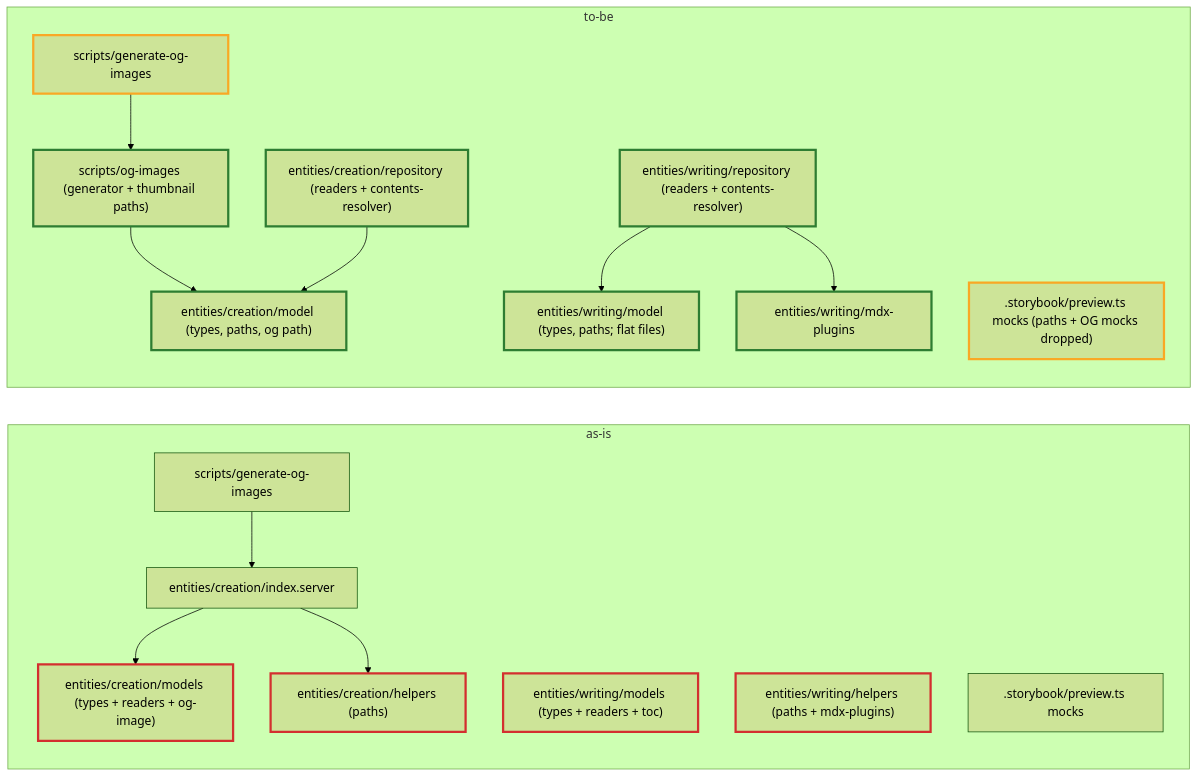
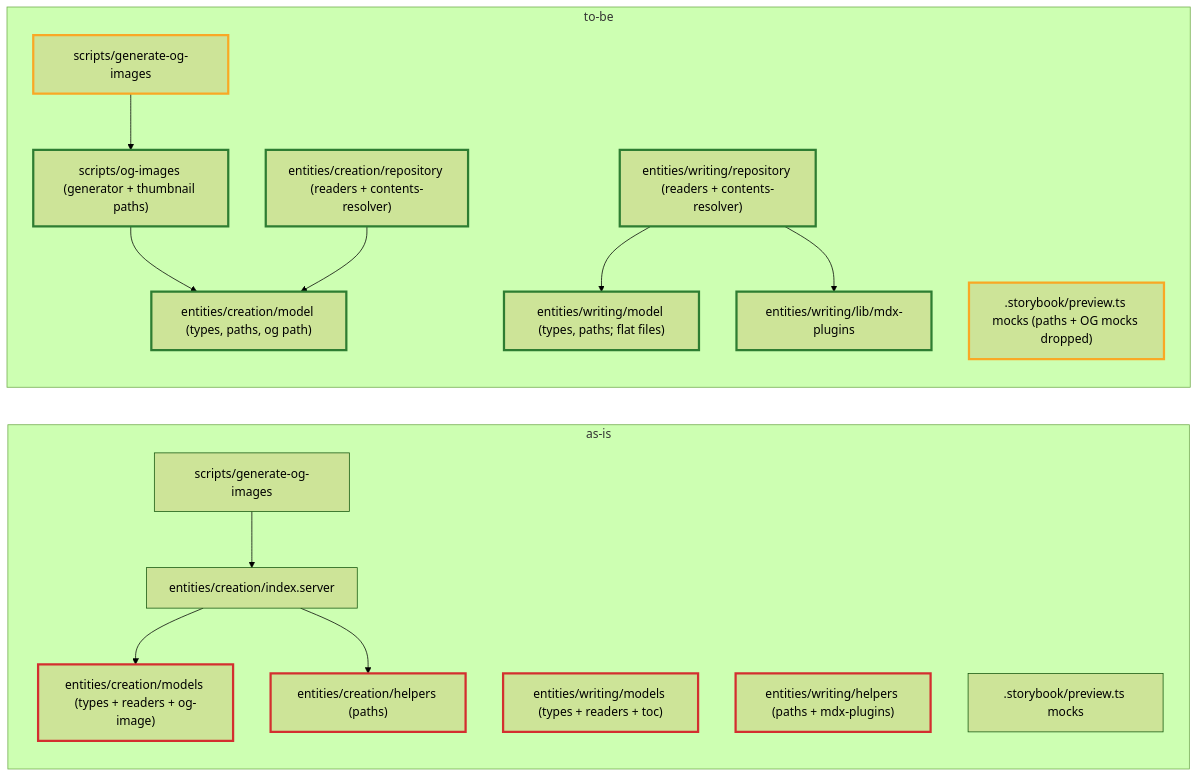
Before and after one commit to syakoo/syakoo-lab: the diagram in docs/changes/20261117-entity-segments/design.md, drawn with Mermaid (forest theme). The commit also changed other lines of this file and 9 other files, not shown here.

First line of the commit message:
refactor(writing): move mdx-plugins under lib and define segment roles (Slice 3)

````diff
--- a/docs/changes/20261117-entity-segments/design.md
+++ b/docs/changes/20261117-entity-segments/design.md
@@ -20,36 +20,36 @@
 ```mermaid
 flowchart LR
   subgraph asis["as-is"]
     direction TB
     S1["scripts/generate-og-images"]
     C1["entities/creation/index.server"]
     C2["entities/creation/models (types + readers + og-image)"]
     C3["entities/creation/helpers (paths)"]
     W1["entities/writing/models (types + readers + toc)"]
     W2["entities/writing/helpers (paths + mdx-plugins)"]
     SB1[".storybook/preview.ts mocks"]
     S1 --> C1 --> C2
     C1 --> C3
   end
   subgraph tobe["to-be"]
     direction TB
     S2["scripts/generate-og-images"]
     O2["scripts/og-images (generator + thumbnail paths)"]
     C4["entities/creation/model (types, paths, og path)"]
     C5["entities/creation/repository (readers + contents-resolver)"]
     W3["entities/writing/model (types, paths; flat files)"]
     W4["entities/writing/repository (readers + contents-resolver)"]
-    W5["entities/writing/mdx-plugins"]
+    W5["entities/writing/lib/mdx-plugins"]
     SB2[".storybook/preview.ts mocks (paths + OG mocks dropped)"]
     S2 --> O2 --> C4
     C5 --> C4
     W4 --> W3
     W4 --> W5
   end
   classDef removed stroke:#d32f2f,stroke-width:3px
   classDef added stroke:#2e7d32,stroke-width:3px
   classDef changed stroke:#f9a825,stroke-width:3px
   class C2,C3,W1,W2 removed
   class O2,C4,C5,W3,W4,W5 added
   class S2,SB2 changed
 ```
````
